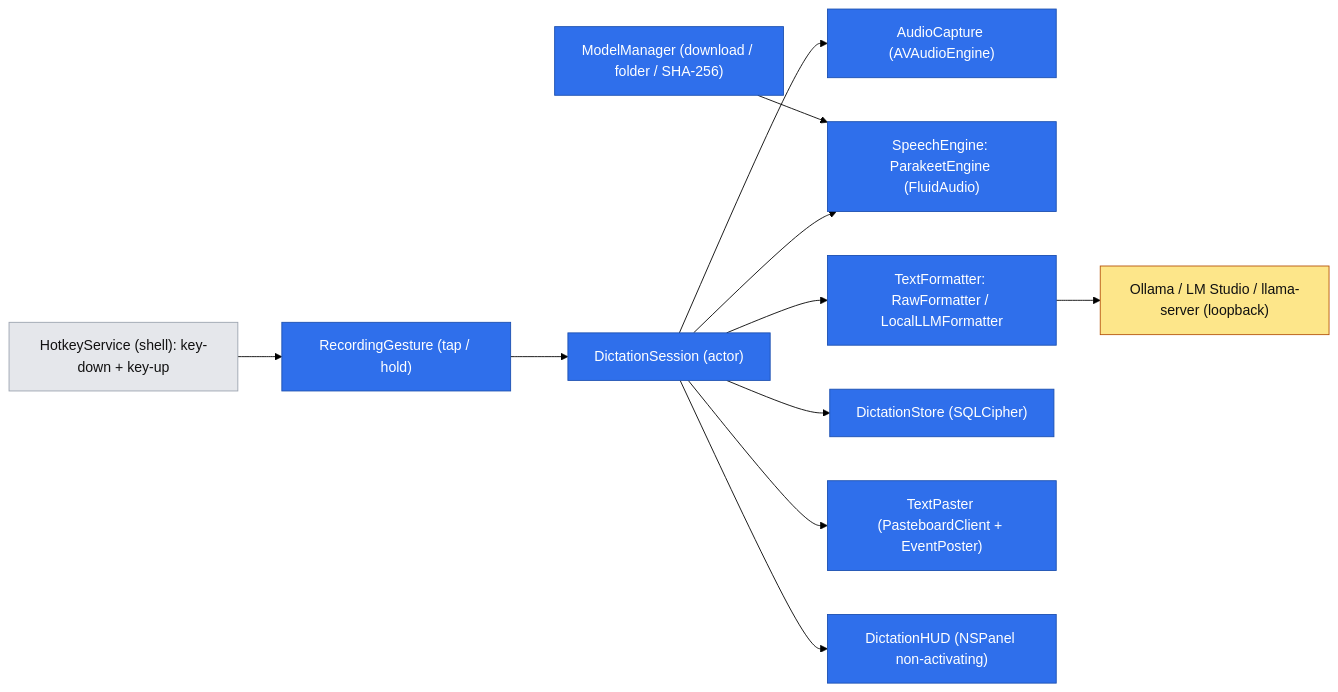
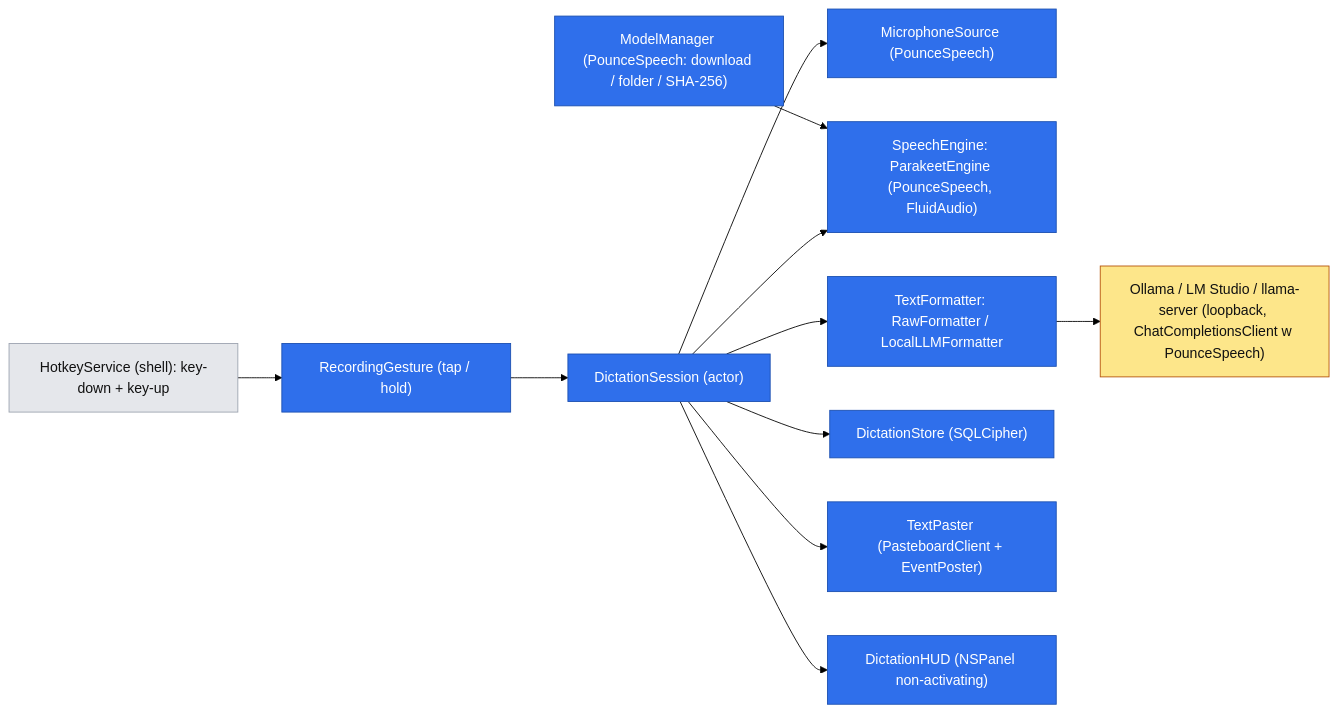
One commit to mjozefiak/Pounce changed the diagram in .ai/specs/2026-11-01-voice-dictation.md. Above: the diagram before and after it, drawn with Mermaid (forest theme). The commit also changed other lines of this file and 1 other file, not shown here.

````diff
--- a/.ai/specs/2026-11-01-voice-dictation.md
+++ b/.ai/specs/2026-11-01-voice-dictation.md
@@ -94,27 +94,27 @@
 ```mermaid
 flowchart LR
     classDef existing fill:#e5e7eb,color:#111,stroke:#9ca3af
     classDef new fill:#2f6feb,color:#fff,stroke:#1b4fb0
     classDef external fill:#fde68a,color:#111,stroke:#b45309
 
     hk["HotkeyService (shell): key-down + key-up"]:::existing
     gesture["RecordingGesture (tap / hold)"]:::new
     session["DictationSession (actor)"]:::new
-    capture["AudioCapture (AVAudioEngine)"]:::new
-    stt["SpeechEngine: ParakeetEngine (FluidAudio)"]:::new
+    capture["MicrophoneSource (PounceSpeech)"]:::new
+    stt["SpeechEngine: ParakeetEngine (PounceSpeech, FluidAudio)"]:::new
     fmt["TextFormatter: RawFormatter / LocalLLMFormatter"]:::new
-    llm["Ollama / LM Studio / llama-server (loopback)"]:::external
+    llm["Ollama / LM Studio / llama-server (loopback, ChatCompletionsClient w PounceSpeech)"]:::external
     store["DictationStore (SQLCipher)"]:::new
     paste["TextPaster (PasteboardClient + EventPoster)"]:::new
     hud["DictationHUD (NSPanel non-activating)"]:::new
-    models["ModelManager (download / folder / SHA-256)"]:::new
+    models["ModelManager (PounceSpeech: download / folder / SHA-256)"]:::new
 
     hk --> gesture --> session
     session --> capture
     session --> stt
     models --> stt
     session --> fmt --> llm
     session --> store
     session --> paste
     session --> hud
 ```
````
